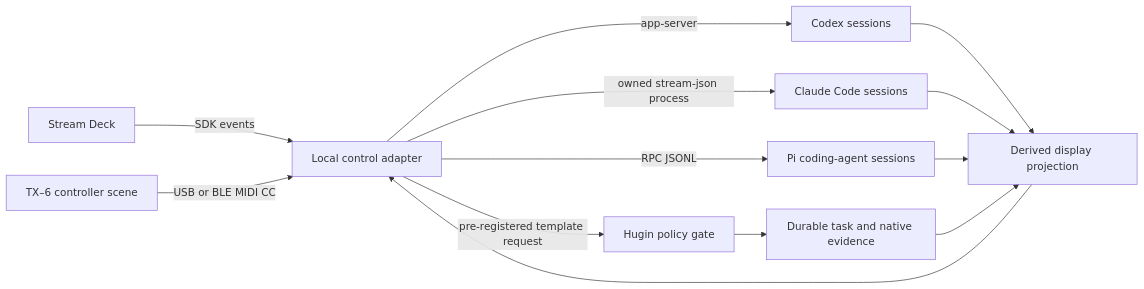
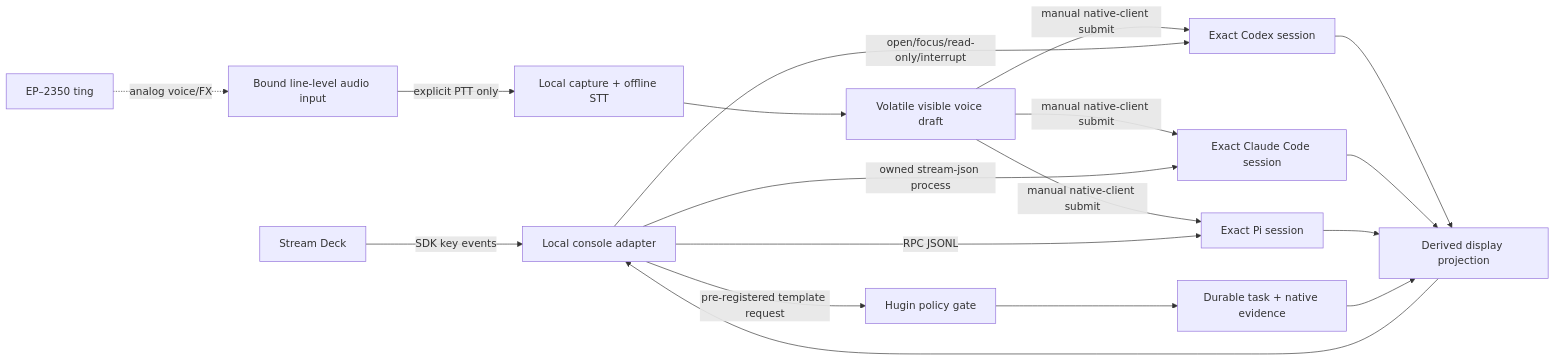
The diagram in docs/physical-agent-control-contract.md (Magnus-Gille/grimnir), drawn with Mermaid before and after one commit. The commit also changed other lines of this file and 17 other files, not shown here.

Commit message:
Correct physical agent console for EP-2350

````diff
--- a/docs/physical-agent-control-contract.md
+++ b/docs/physical-agent-control-contract.md
@@ -48,15 +80,20 @@
 ```mermaid
 flowchart LR
-    SD[Stream Deck] -->|SDK events| HUB[Local control adapter]
-    TX[TX–6 controller scene] -->|USB or BLE MIDI CC| HUB
-    HUB -->|app-server| CODEX[Codex sessions]
-    HUB -->|owned stream-json process| CLAUDE[Claude Code sessions]
-    HUB -->|RPC JSONL| PI[Pi coding-agent sessions]
+    SD[Stream Deck] -->|SDK key events| HUB[Local console adapter]
+    TING[EP–2350 ting] -. analog voice/FX .-> LINE[Bound line-level audio input]
+    LINE -->|explicit PTT only| CAP[Local capture + offline STT]
+    CAP --> DRAFT[Volatile visible voice draft]
+    DRAFT -->|manual native-client submit| CODEX[Exact Codex session]
+    DRAFT -->|manual native-client submit| CLAUDE[Exact Claude Code session]
+    DRAFT -->|manual native-client submit| PI[Exact Pi session]
+    HUB -->|open/focus/read-only/interrupt| CODEX
+    HUB -->|owned stream-json process| CLAUDE
+    HUB -->|RPC JSONL| PI
     HUB -->|pre-registered template request| HUGIN[Hugin policy gate]
-    HUGIN --> TASK[Durable task and native evidence]
+    HUGIN --> TASK[Durable task + native evidence]
     CODEX --> PROJ[Derived display projection]
     CLAUDE --> PROJ
     PI --> PROJ
     TASK --> PROJ
     PROJ --> HUB
 ```
````
